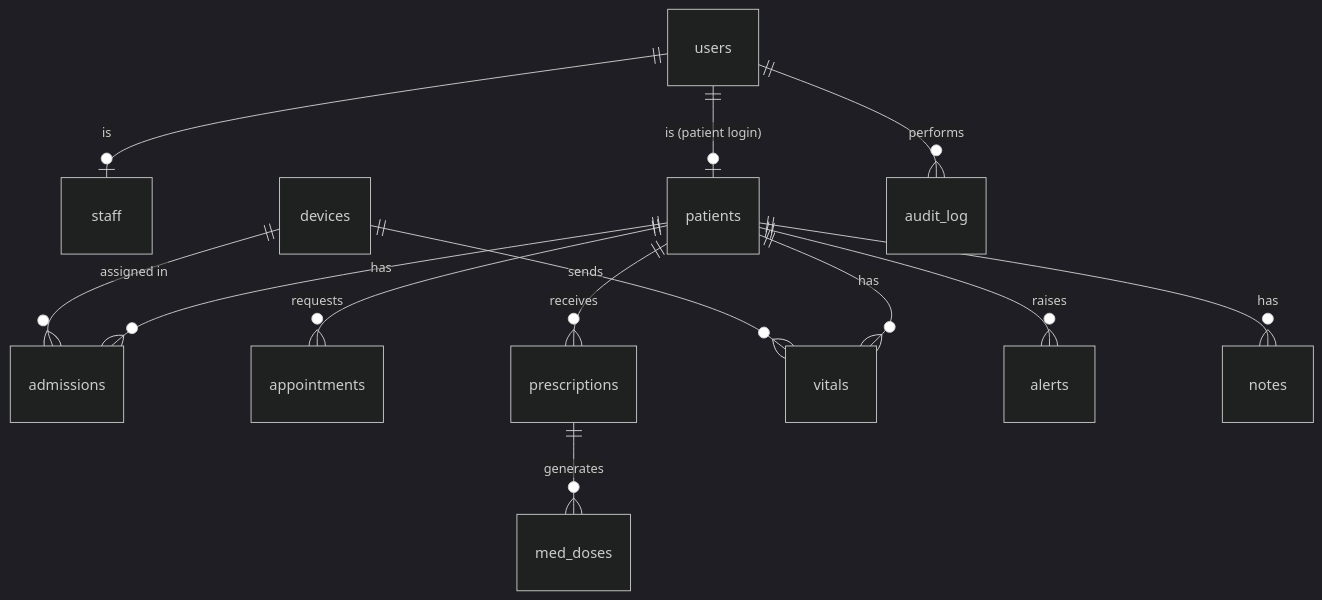
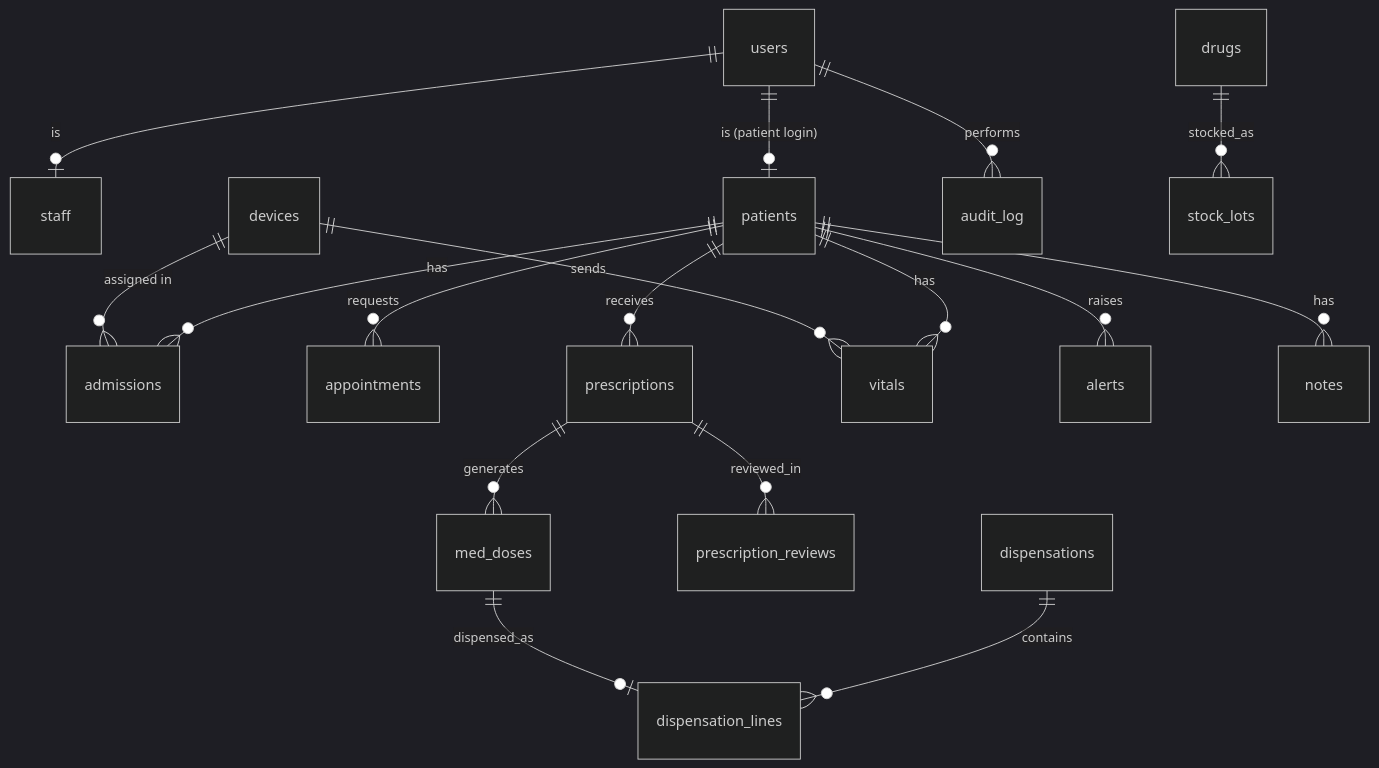
The diagram in docs/contracts/data-model.md (Faouzi-Blibech/medora), drawn with Mermaid (dark theme) before and after one commit. The commit also changed other lines of this file and 2 other files, not shown here.

````diff
--- a/docs/contracts/data-model.md
+++ b/docs/contracts/data-model.md
@@ -10,15 +10,19 @@
 ```mermaid
 erDiagram
   users ||--o| staff : "is"
   users ||--o| patients : "is (patient login)"
   patients ||--o{ admissions : has
   devices ||--o{ admissions : "assigned in"
   patients ||--o{ appointments : requests
   patients ||--o{ prescriptions : receives
   prescriptions ||--o{ med_doses : generates
   patients ||--o{ vitals : has
   devices ||--o{ vitals : sends
   patients ||--o{ alerts : raises
   patients ||--o{ notes : has
   users ||--o{ audit_log : performs
+  drugs ||--o{ stock_lots : stocked_as
+  prescriptions ||--o{ prescription_reviews : reviewed_in
+  dispensations ||--o{ dispensation_lines : contains
+  med_doses ||--o| dispensation_lines : dispensed_as
 ```
````
